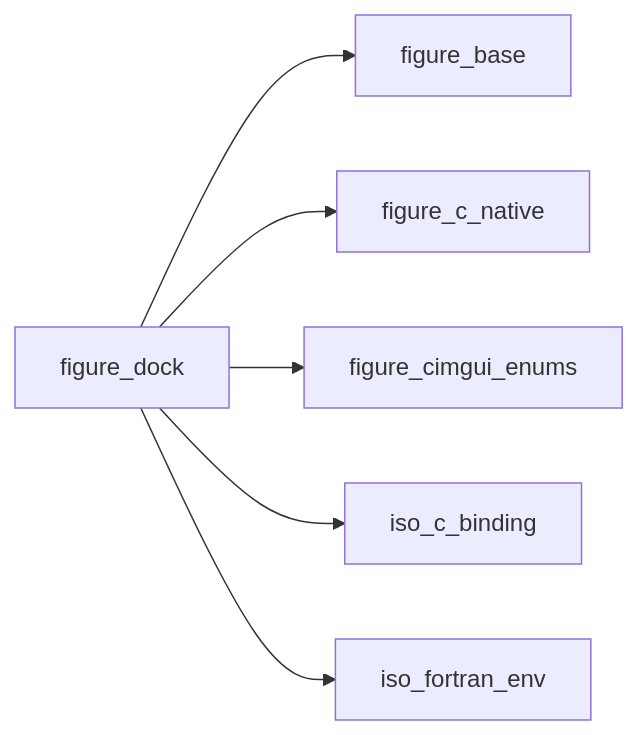
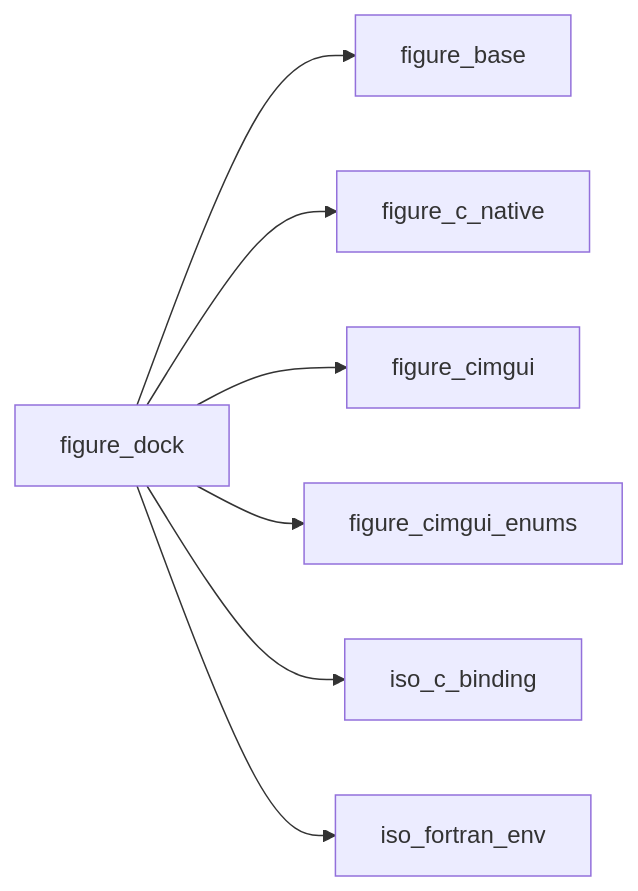
Before and after one commit to szaghi/figure: the first of 9 diagrams in docs/api/src/lib/figure_dock.md, drawn with Mermaid. The commit also changed other lines of this file and 25 other files, not shown here.

````diff
--- a/docs/api/src/lib/figure_dock.md
+++ b/docs/api/src/lib/figure_dock.md
@@ -32,8 +35,9 @@
 ```mermaid
 graph LR
   figure_dock["figure_dock"] --> figure_base["figure_base"]
   figure_dock["figure_dock"] --> figure_c_native["figure_c_native"]
+  figure_dock["figure_dock"] --> figure_cimgui["figure_cimgui"]
   figure_dock["figure_dock"] --> figure_cimgui_enums["figure_cimgui_enums"]
   figure_dock["figure_dock"] --> iso_c_binding["iso_c_binding"]
   figure_dock["figure_dock"] --> iso_fortran_env["iso_fortran_env"]
 ```
````
